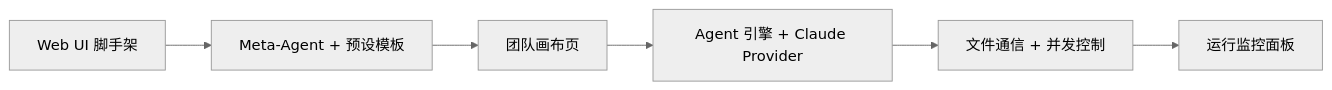
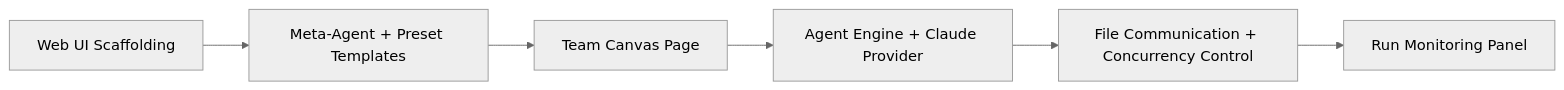
Before and after one commit to lchaoer/Polygents: the tenth of 10 diagrams in docs/design.md, drawn with Mermaid (neutral theme). The commit also changed other lines of this file and 4 other files, not shown here.

````diff
--- a/docs/design.md
+++ b/docs/design.md
@@ -679,8 +679,8 @@
 ```mermaid
 graph LR
-    A[Web UI 脚手架] --> B[Meta-Agent + 预设模板]
-    B --> C[团队画布页]
-    C --> D[Agent 引擎 + Claude Provider]
-    D --> E[文件通信 + 并发控制]
-    E --> F[运行监控面板]
+    A[Web UI Scaffolding] --> B[Meta-Agent + Preset Templates]
+    B --> C[Team Canvas Page]
+    C --> D[Agent Engine + Claude Provider]
+    D --> E[File Communication + Concurrency Control]
+    E --> F[Run Monitoring Panel]
 ```
````
